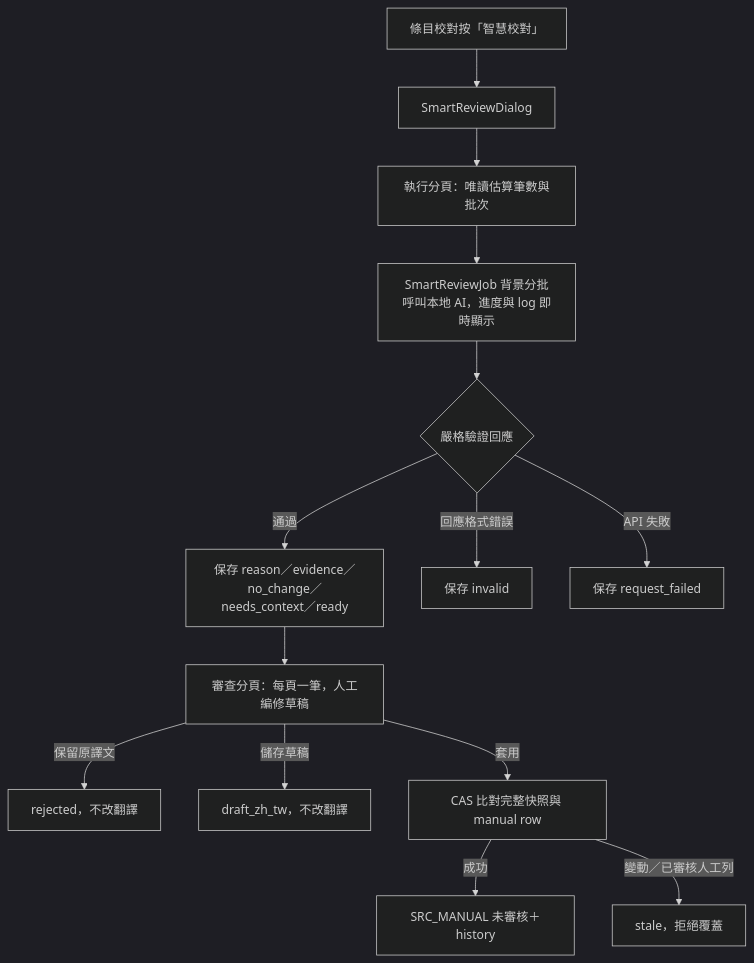
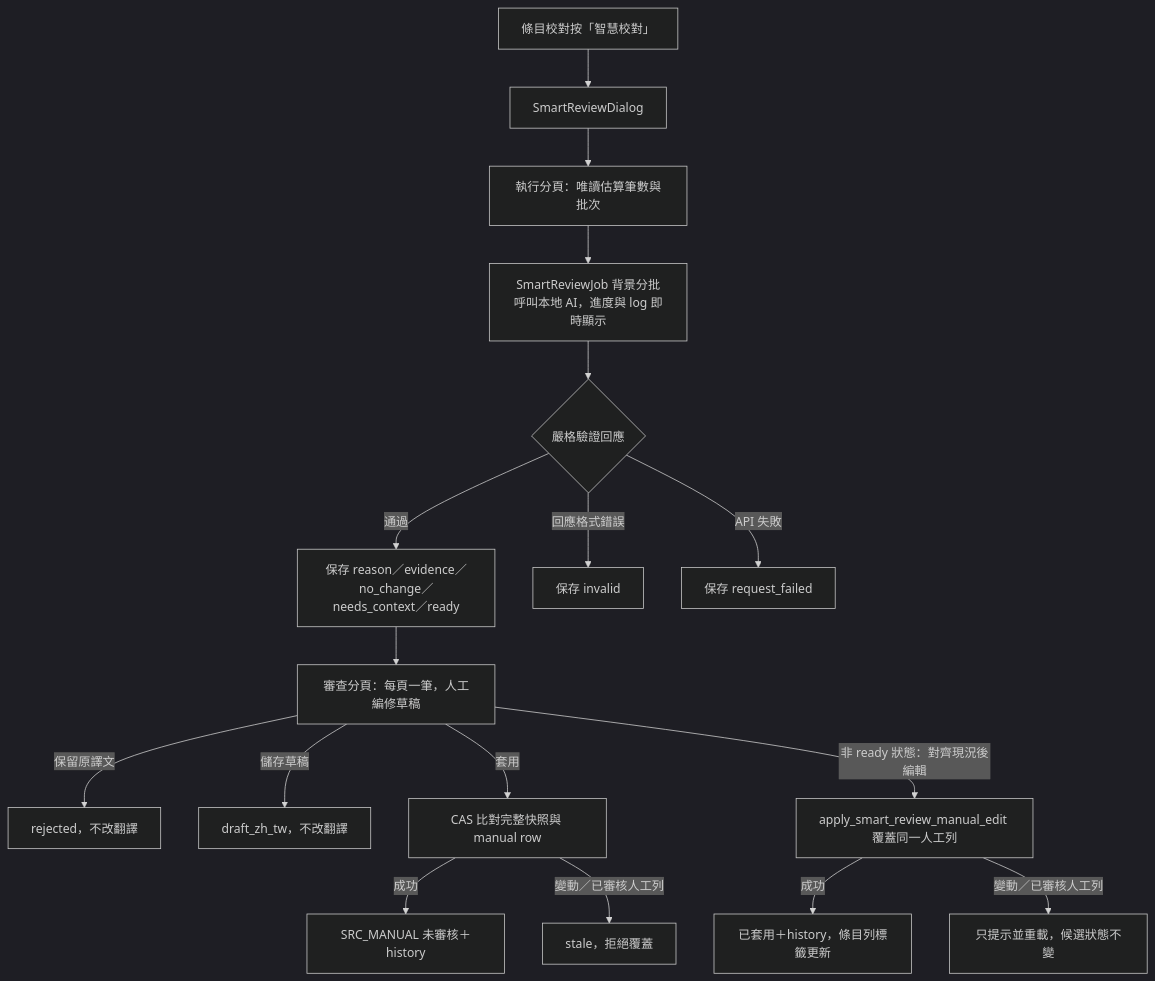
The fourth of 8 diagrams in docs/page_flows/moddb.md (jlin53882/Minecraft-translate), drawn with Mermaid (dark theme) before and after one commit. The commit also changed other lines of this file and 32 other files, not shown here.

````diff
--- a/docs/page_flows/moddb.md
+++ b/docs/page_flows/moddb.md
@@ -109,16 +112,19 @@
 ```mermaid
 flowchart TD
     A[條目校對按「智慧校對」] --> B[SmartReviewDialog]
     B --> C[執行分頁：唯讀估算筆數與批次]
     C --> D[SmartReviewJob 背景分批呼叫本地 AI，進度與 log 即時顯示]
     D --> E{嚴格驗證回應}
     E -- 通過 --> F[保存 reason／evidence／no_change／needs_context／ready]
     E -- 回應格式錯誤 --> G[保存 invalid]
     E -- API 失敗 --> H[保存 request_failed]
     F --> I[審查分頁：每頁一筆，人工編修草稿]
     I -- 保留原譯文 --> J[rejected，不改翻譯]
     I -- 儲存草稿 --> K[draft_zh_tw，不改翻譯]
     I -- 套用 --> L[CAS 比對完整快照與 manual row]
     L -- 成功 --> M[SRC_MANUAL 未審核＋history]
     L -- 變動／已審核人工列 --> N[stale，拒絕覆蓋]
+    I -- 非 ready 狀態：對齊現況後編輯 --> O[apply_smart_review_manual_edit 覆蓋同一人工列]
+    O -- 成功 --> P[已套用＋history，條目列標籤更新]
+    O -- 變動／已審核人工列 --> Q[只提示並重載，候選狀態不變]
 ```
````
